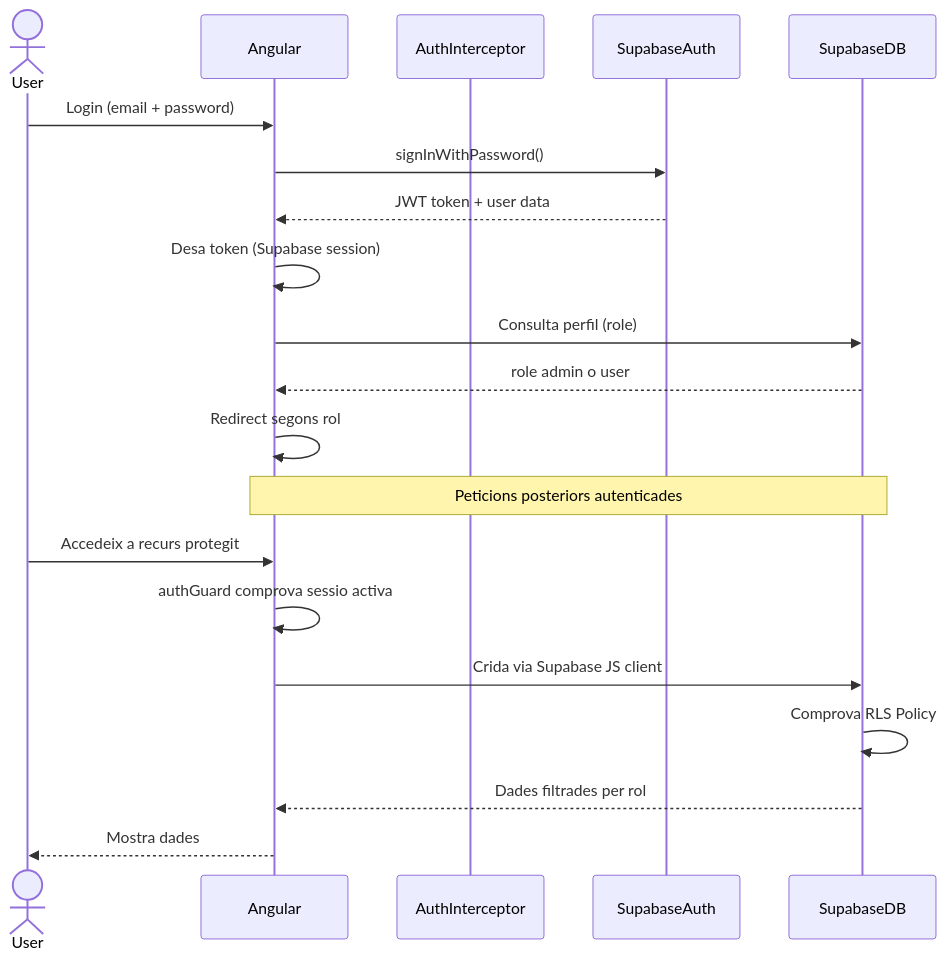
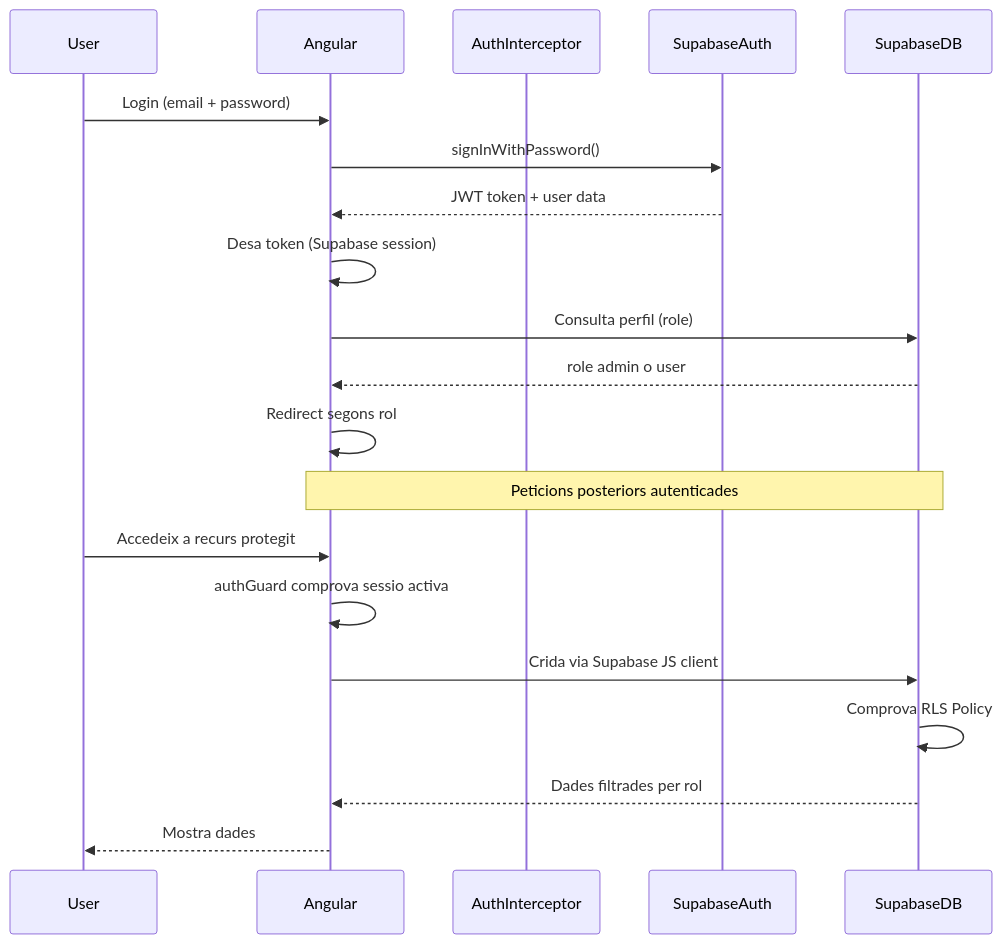
The fifth of 8 diagrams in DIAGRAMS.md (isahun/winter-garden), drawn with Mermaid before and after one commit. The commit also changed other lines of this file, not shown here.

Commit message:
docs(diagrams): fix diagram visualization, ctrl shift v to visualize

````diff
--- a/DIAGRAMS.md
+++ b/DIAGRAMS.md
@@ -226,25 +226,25 @@
 ```mermaid
 sequenceDiagram
-    actor User
+    participant User
     participant Angular
     participant AuthInterceptor
     participant SupabaseAuth
     participant SupabaseDB
 
     User->>Angular: Login (email + password)
     Angular->>SupabaseAuth: signInWithPassword()
     SupabaseAuth-->>Angular: JWT token + user data
     Angular->>Angular: Desa token (Supabase session)
     Angular->>SupabaseDB: Consulta perfil (role)
     SupabaseDB-->>Angular: role admin o user
     Angular->>Angular: Redirect segons rol
 
     Note over Angular,SupabaseDB: Peticions posteriors autenticades
 
     User->>Angular: Accedeix a recurs protegit
     Angular->>Angular: authGuard comprova sessio activa
     Angular->>SupabaseDB: Crida via Supabase JS client
     SupabaseDB->>SupabaseDB: Comprova RLS Policy
     SupabaseDB-->>Angular: Dades filtrades per rol
     Angular-->>User: Mostra dades
 ```
````
